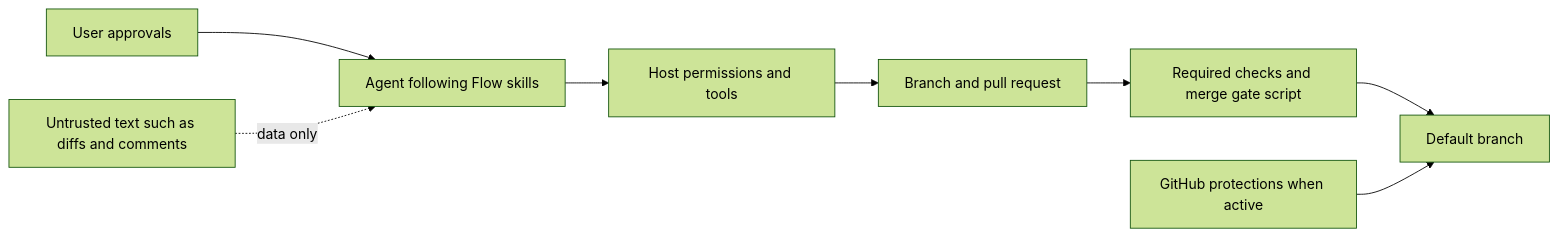
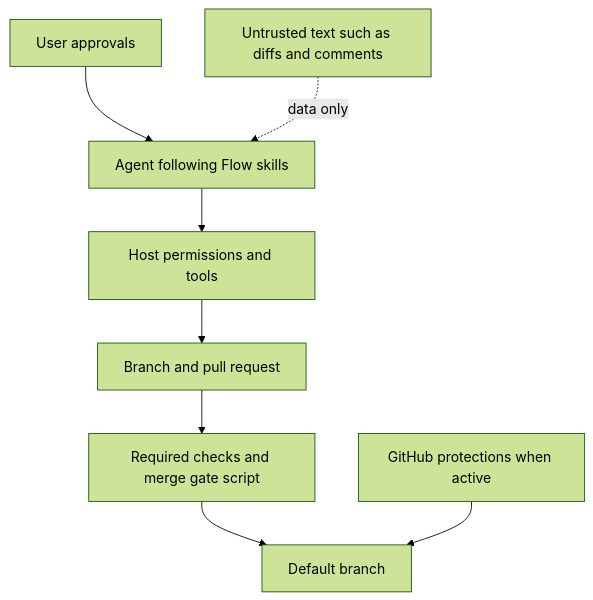
Before and after one commit to gaboesquivel/flow-skills: the diagram in docs/capabilities/security-human-control.md, drawn with Mermaid (forest theme). The commit also changed 3 other files, not shown here.

Commit message:
fix(site): keep diagrams at readable size in a focusable scroll region (spec 057)

````diff
--- a/docs/capabilities/security-human-control.md
+++ b/docs/capabilities/security-human-control.md
@@ -27,12 +27,12 @@
 ```mermaid
-flowchart LR
+flowchart TD
   accTitle: Security and human control trust boundaries
   accDescr: The user approves work, untrusted text reaches the agent only as data, and host permissions, required checks, and GitHub protections enforce what reaches the default branch.
   U[User approvals] --> A[Agent following Flow skills]
   T[Untrusted text such as diffs and comments] -. data only .-> A
   A --> H[Host permissions and tools]
   H --> P[Branch and pull request]
   P --> C[Required checks and merge gate script]
   C --> M[Default branch]
   G[GitHub protections when active] --> M
 ```
````
